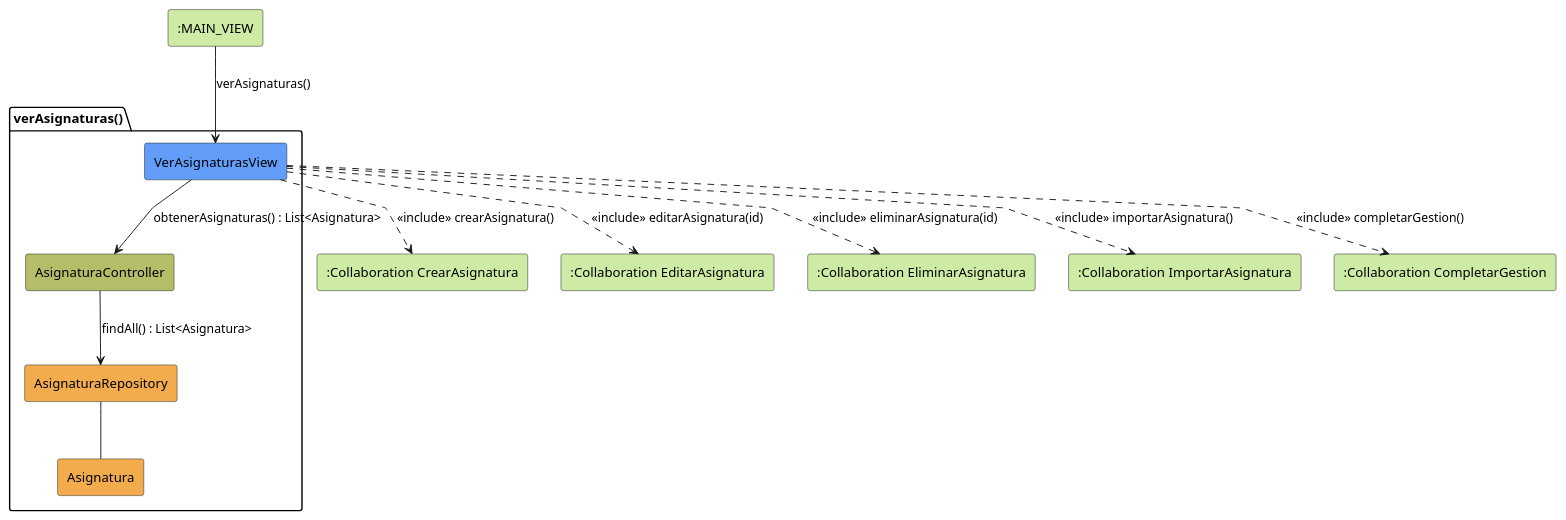
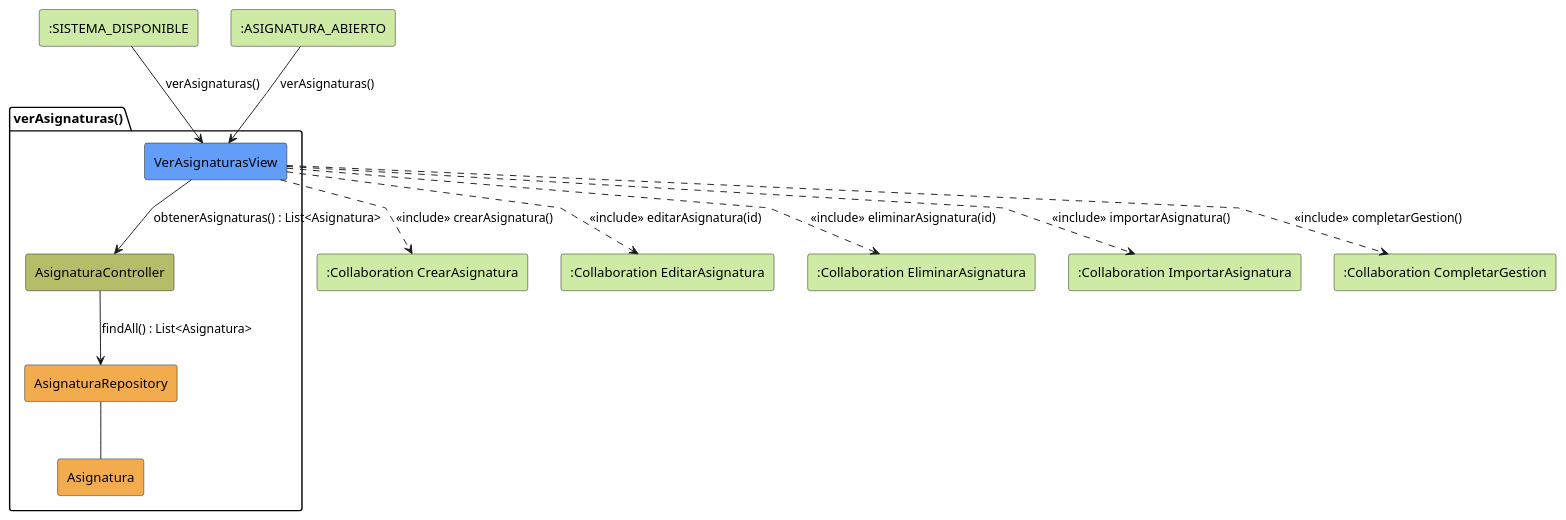
Before and after one commit to Pareyor/25-26-idsw2-sdVC: the diagram in modelosUML/analisis/verAsignaturas/colaboracion.puml, drawn with PlantUML. The commit also changed 1 other file, not shown here.

Commit message:
fix: corrige un detalle en verAsignaturas

```diff
--- a/modelosUML/analisis/verAsignaturas/colaboracion.puml
+++ b/modelosUML/analisis/verAsignaturas/colaboracion.puml
@@ -1,32 +1,34 @@
 @startuml verAsignaturas-analisis
 skinparam linetype polyline
 
-rectangle #CDEBA5 ":MAIN_VIEW" as MainView
+rectangle #CDEBA5 ":SISTEMA_DISPONIBLE" as SistemaDisponible
+rectangle #CDEBA5 ":ASIGNATURA_ABIERTO" as AsignaturaAbierto
 rectangle #CDEBA5 ":Collaboration CrearAsignatura" as CrearAsignatura
 rectangle #CDEBA5 ":Collaboration EditarAsignatura" as EditarAsignatura
 rectangle #CDEBA5 ":Collaboration EliminarAsignatura" as EliminarAsignatura
 rectangle #CDEBA5 ":Collaboration ImportarAsignatura" as ImportarAsignatura
 rectangle #CDEBA5 ":Collaboration CompletarGestion" as CompletarGestion
 
 package verAsignaturas as "verAsignaturas()" {
     rectangle #629EF9 VerAsignaturasView
     rectangle #b5bd68 AsignaturaController
     rectangle #F2AC4E AsignaturaRepository
     rectangle #F2AC4E Asignatura
 }
 
-MainView --> VerAsignaturasView: verAsignaturas()
+SistemaDisponible --> VerAsignaturasView: verAsignaturas()
+AsignaturaAbierto --> VerAsignaturasView: verAsignaturas()
 
 VerAsignaturasView -d-> AsignaturaController: obtenerAsignaturas() : List<Asignatura>
 
 AsignaturaController --> AsignaturaRepository: findAll() : List<Asignatura>
 
 AsignaturaRepository -- Asignatura
 
 VerAsignaturasView ..> CrearAsignatura: <<include>> crearAsignatura()
 VerAsignaturasView ..> EditarAsignatura: <<include>> editarAsignatura(id)
 VerAsignaturasView ..> EliminarAsignatura: <<include>> eliminarAsignatura(id)
 VerAsignaturasView ..> ImportarAsignatura: <<include>> importarAsignatura()
 VerAsignaturasView ..> CompletarGestion: <<include>> completarGestion()
 
 @enduml
```
